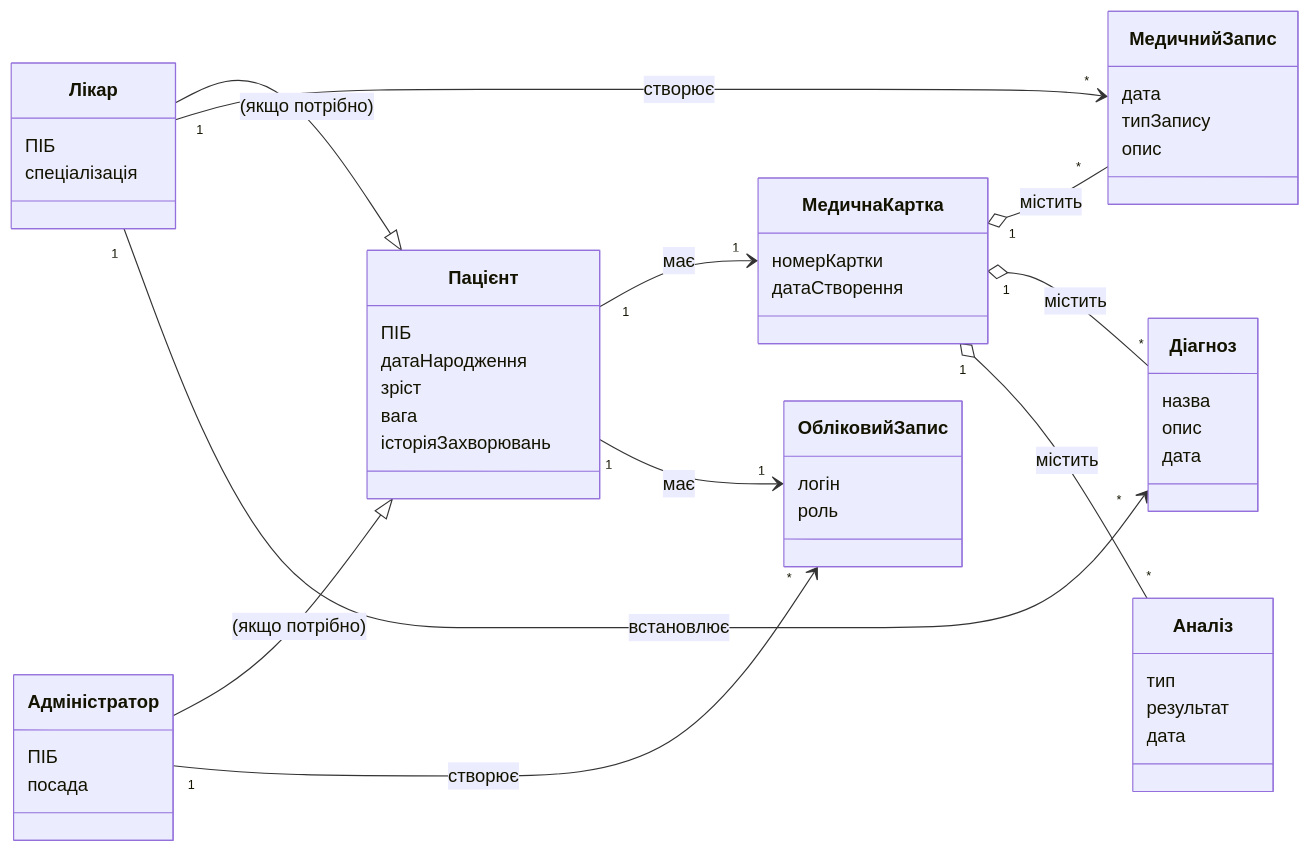
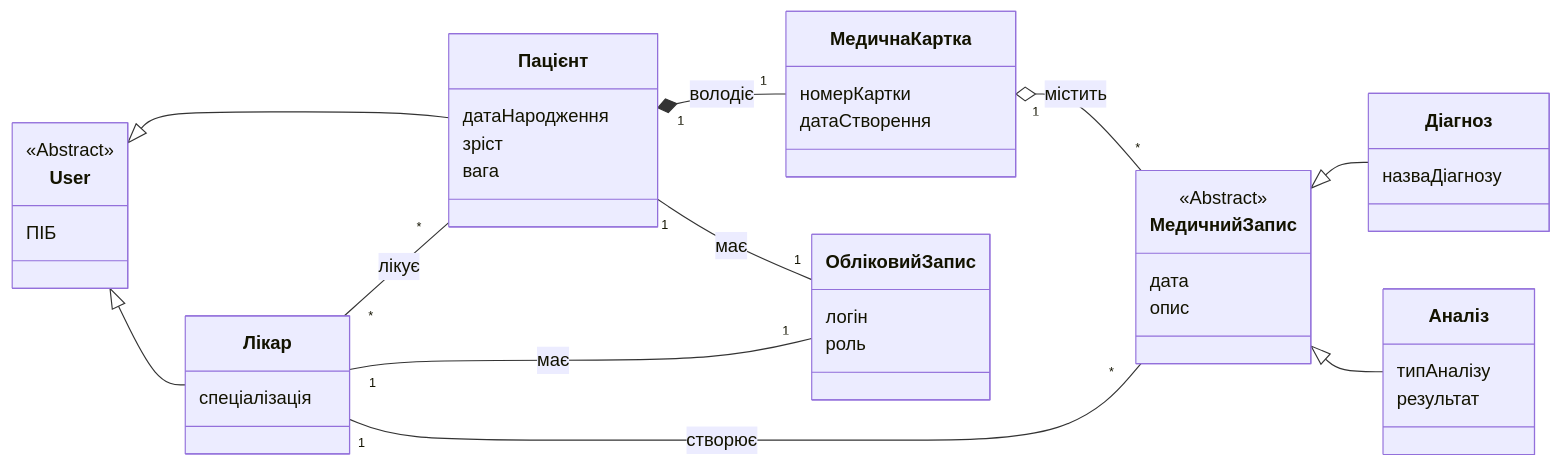
The diagram in DB-CW-3/README.md (maksimsq/test-sw), drawn with Mermaid before and after one commit.

````diff
--- a/DB-CW-3/README.md
+++ b/DB-CW-3/README.md
@@ -1,66 +1,54 @@
 ```mermaid
 classDiagram
     direction LR
 
+    class User {
+        <<Abstract>>
+        ПІБ
+    }
     class Пацієнт {
-        ПІБ
         датаНародження
         зріст
         вага
-        історіяЗахворювань
     }
-
     class Лікар {
-        ПІБ
         спеціалізація
     }
-
-    class Адміністратор {
-        ПІБ
-        посада
-    }
+    
+    User <|-- Пацієнт
+    User <|-- Лікар
 
     class МедичнаКартка {
         номерКартки
         датаСтворення
     }
-
     class МедичнийЗапис {
+        <<Abstract>>
         дата
-        типЗапису
         опис
     }
-
     class Діагноз {
-        назва
-        опис
-        дата
+        назваДіагнозу
+    }
+    class Аналіз {
+        типАналізу
+        результат
     }
 
-    class Аналіз {
-        тип
-        результат
-        дата
-    }
+    МедичнийЗапис <|-- Діагноз
+    МедичнийЗапис <|-- Аналіз
 
     class ОбліковийЗапис {
         логін
         роль
     }
 
-    %% Узагальнення (User -> ролі)
-    Лікар --|> Пацієнт : (якщо потрібно) 
-    Адміністратор --|> Пацієнт : (якщо потрібно)
+    %% Зв'язки
+    Пацієнт "1" *-- "1" МедичнаКартка : володіє
+    Пацієнт "1" -- "1" ОбліковийЗапис : має
+    Лікар "1" -- "1" ОбліковийЗапис : має
 
-    %% Асоціації / агрегації
-    Пацієнт "1" --> "1" МедичнаКартка : має
     МедичнаКартка "1" o-- "*" МедичнийЗапис : містить
-    МедичнаКартка "1" o-- "*" Діагноз : містить
-    МедичнаКартка "1" o-- "*" Аналіз : містить
-
-    Лікар "1" --> "*" МедичнийЗапис : створює
-    Лікар "1" --> "*" Діагноз : встановлює
-
-    Адміністратор "1" --> "*" ОбліковийЗапис : створює
-    Пацієнт "1" --> "1" ОбліковийЗапис : має
+    Лікар "1" -- "*" МедичнийЗапис : створює
+    Лікар "*" -- "*" Пацієнт : лікує
 ```
````
